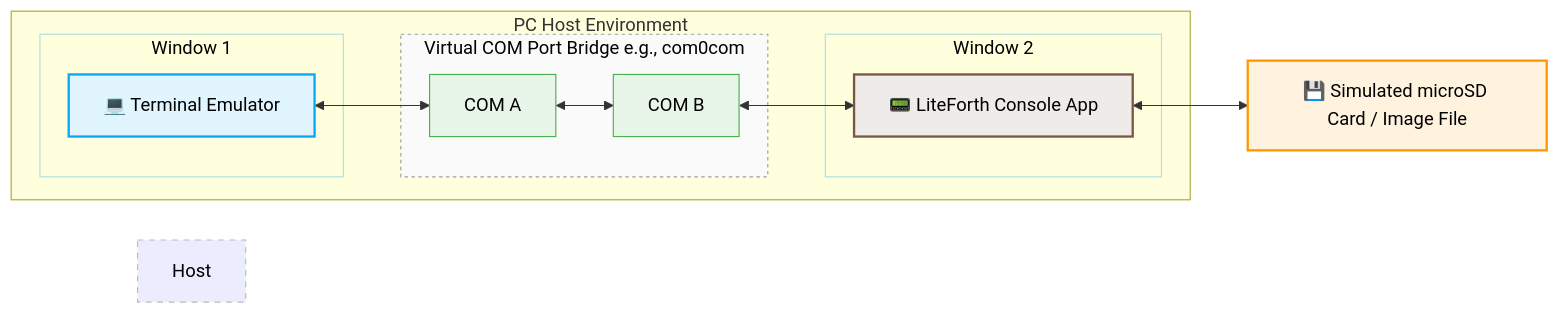
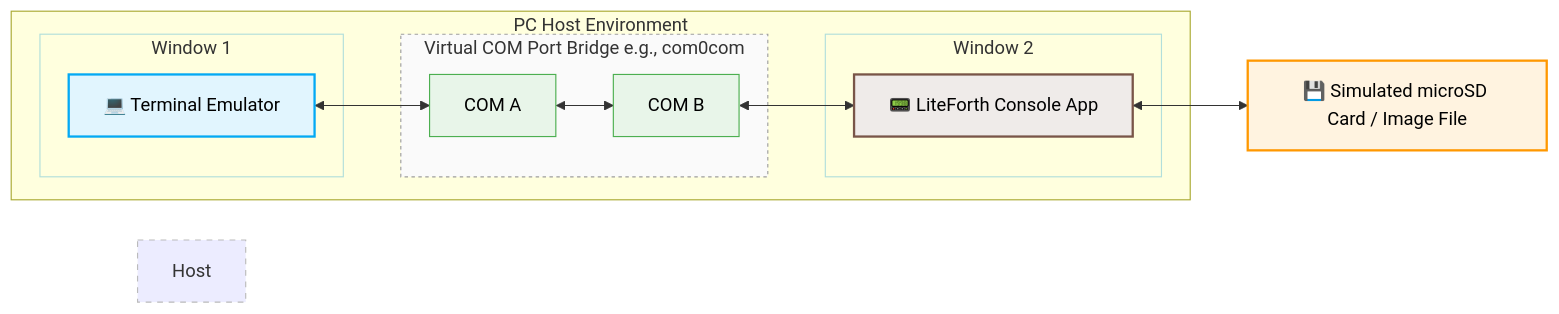
One commit to bradleyeckert/LiteForth changed the second of 2 diagrams in README.md. Above: the diagram before and after it, drawn with Mermaid. The commit also changed other lines of this file, not shown here.

````diff
--- a/README.md
+++ b/README.md
@@ -44,40 +44,40 @@
 ```mermaid
 flowchart LR
     %% Components
     subgraph Host System [PC Host Environment]
         %% Software Windows
         subgraph Win1 [Window 1]
             Term[💻 Terminal Emulator]
         end
 
         subgraph Win2 [Window 2]
             LF[📟 LiteForth Console App]
         end
 
         %% Virtual Connection Bridge
         subgraph VCom [Virtual COM Port Bridge e.g., com0com]
             PortA[COM A] <--> PortB[COM B]
         end
     end
 
     %% File System Integration
     SD[💾 Simulated microSD Card / Image File]
 
     %% Data Flow Connections
     Term <--> PortA
     PortB <--> LF
     LF <--> SD
 
     %% Styling
     style Term fill:#e1f5fe,stroke:#03a9f4,stroke-width:2px,color:#000
     style LF fill:#efebe9,stroke:#795548,stroke-width:2px,color:#000
     style SD fill:#fff3e0,stroke:#ff9800,stroke-width:2px,color:#000
     style PortA fill:#e8f5e9,stroke:#4caf50,color:#000
     style PortB fill:#e8f5e9,stroke:#4caf50,color:#000
     
     %% Bounding Box Styling
-    style Host System fill:none,stroke:#bbb,stroke-dasharray: 5 5,color:#000
-    style Win1 fill:none,stroke:#b2dfdb,color:#000
-    style Win2 fill:none,stroke:#b2dfdb,color:#000
-    style VCom fill:#fafafa,stroke:#9e9e9e,stroke-dasharray: 3 3,color:#000
+    style Host System fill:none,stroke:#bbb,stroke-dasharray: 5 5
+    style Win1 fill:none,stroke:#b2dfdb
+    style Win2 fill:none,stroke:#b2dfdb
+    style VCom fill:#fafafa,stroke:#9e9e9e,stroke-dasharray: 3 3
 ```
````
